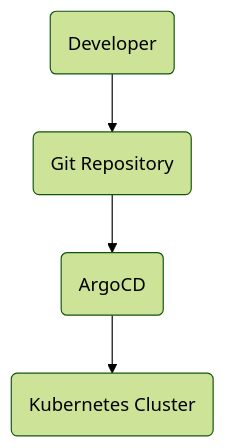
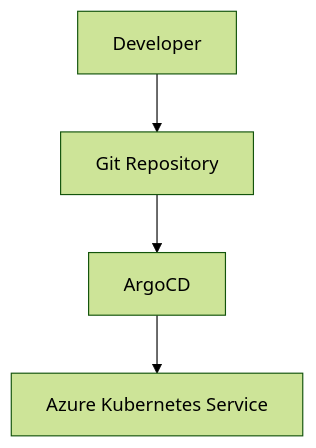
Before and after one commit to bymalathi/flavorforge-azure-devsecops-capstone: diagram 16 of 29 in README.md, drawn with Mermaid (forest theme). The commit also changed other lines of this file, not shown here.

````diff
--- a/README.md
+++ b/README.md
@@ -819,11 +972,11 @@
 ```mermaid
 flowchart TD
-    A(Developer)
-    B(Git Repository)
-    C(ArgoCD)
-    D(Kubernetes Cluster)
+    A[Developer]
+    B[Git Repository]
+    C[ArgoCD]
+    D[Azure Kubernetes Service]
 
     A --> B
     B --> C
     C --> D
 ```
````
